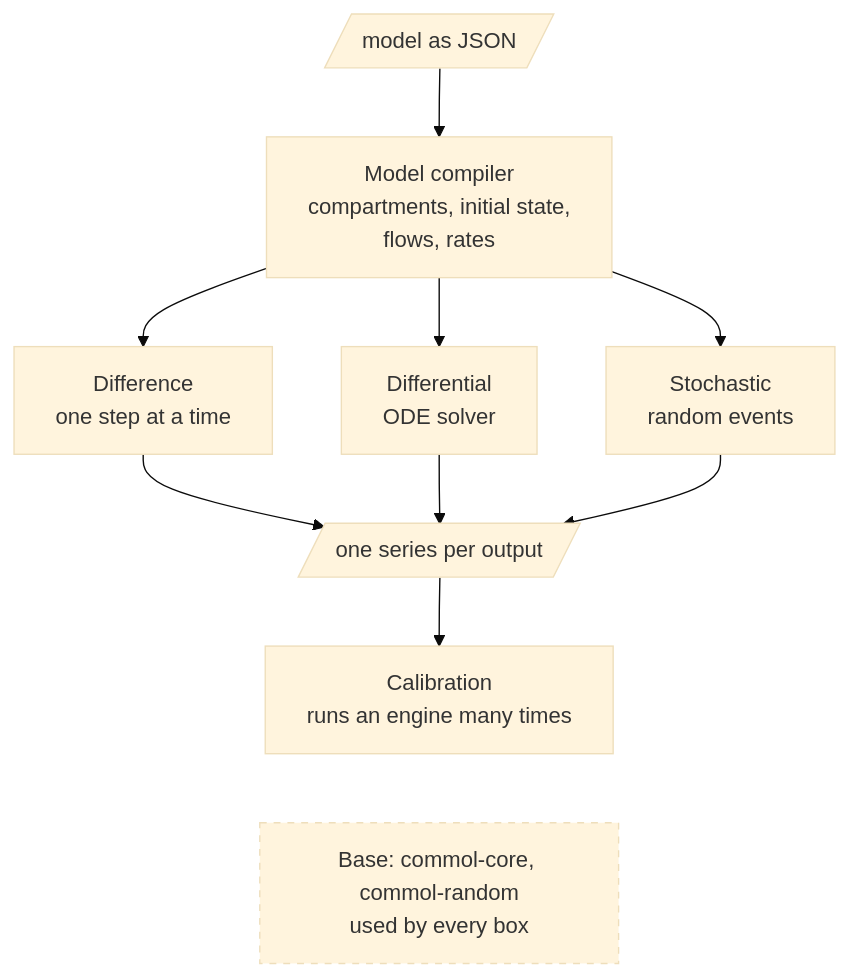
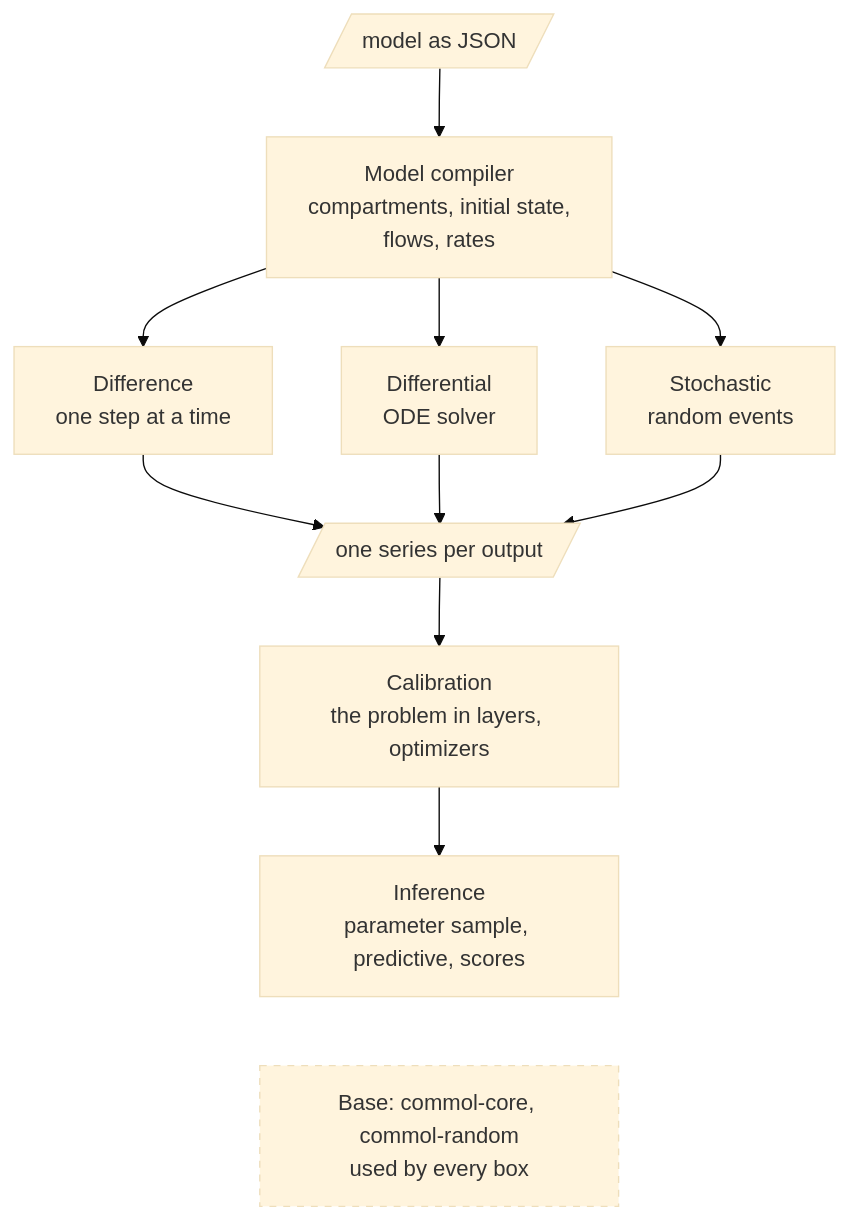
One commit to MUNQU/commol changed the second of 3 diagrams in docs/codebase/architecture.md. Above: the diagram before and after it, drawn with Mermaid (base theme). The commit also changed other lines of this file, not shown here.

Commit message:
docs(codebase): show the calibration layers and commol-inference in the architecture

````diff
--- a/docs/codebase/architecture.md
+++ b/docs/codebase/architecture.md
@@ -46,18 +47,20 @@
 ```mermaid
 flowchart TB
     J[/model as JSON/]
     M["Model compiler<br/>compartments, initial state,<br/>flows, rates"]
     E1["Difference<br/>one step at a time"]
     E2["Differential<br/>ODE solver"]
     E3["Stochastic<br/>random events"]
     O[/one series per output/]
-    C["Calibration<br/>runs an engine many times"]
+    C["Calibration<br/>the problem in layers, optimizers"]
+    I["Inference<br/>parameter sample, predictive, scores"]
     F["Base: commol-core, commol-random<br/>used by every box"]
     J --> M
     M --> E1 & E2 & E3
     E1 & E2 & E3 --> O
     O --> C
-    C ~~~ F
+    C --> I
+    I ~~~ F
     classDef base stroke-dasharray: 5 5
     class F base
 ```
````
